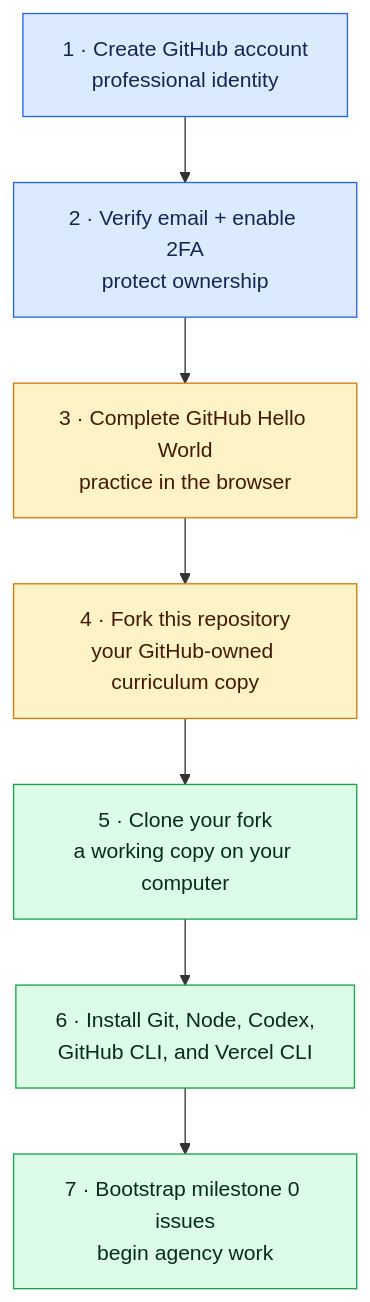
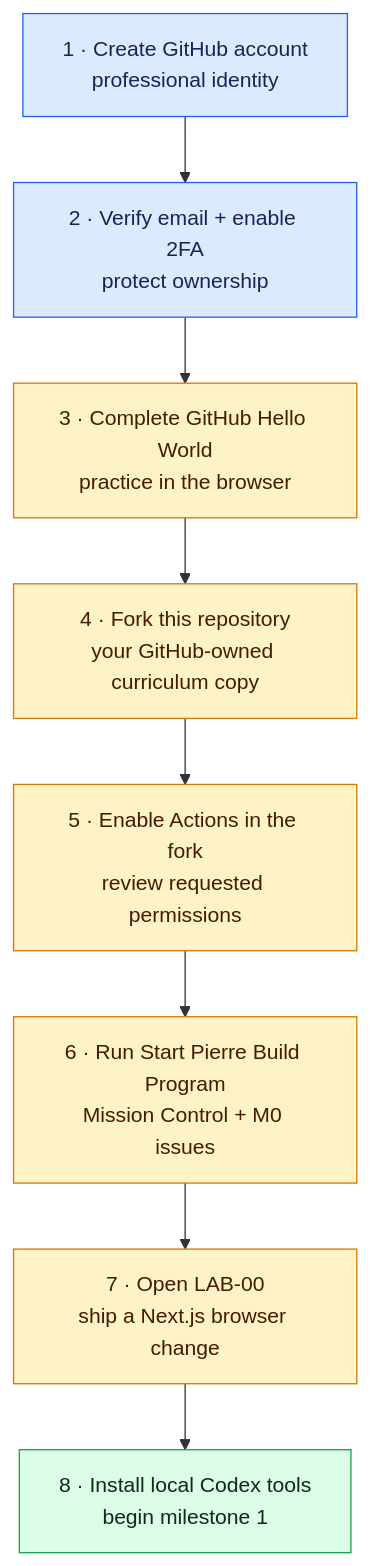
Before and after one commit to saliftankoano/pierre-build-program: the third of 16 diagrams in README.md, drawn with Mermaid. The commit also changed other lines of this file and 253 other files, not shown here.

````diff
--- a/README.md
+++ b/README.md
@@ -43,19 +66,21 @@
 ```mermaid
 flowchart TD
     A["1 · Create GitHub account<br/>professional identity"]
     B["2 · Verify email + enable 2FA<br/>protect ownership"]
     C["3 · Complete GitHub Hello World<br/>practice in the browser"]
     D["4 · Fork this repository<br/>your GitHub-owned curriculum copy"]
-    E["5 · Clone your fork<br/>a working copy on your computer"]
-    F["6 · Install Git, Node, Codex,<br/>GitHub CLI, and Vercel CLI"]
-    G["7 · Bootstrap milestone 0 issues<br/>begin agency work"]
+    E["5 · Enable Actions in the fork<br/>review requested permissions"]
+    F["6 · Run Start Pierre Build Program<br/>Mission Control + M0 issues"]
+    G["7 · Open LAB-00<br/>ship a Next.js browser change"]
+    H["8 · Install local Codex tools<br/>begin milestone 1"]
 
-    A --> B --> C --> D --> E --> F --> G
+    A --> B --> C --> D --> E --> F --> G --> H
 
     classDef account fill:#dbeafe,stroke:#2563eb,color:#172554;
     classDef github fill:#fef3c7,stroke:#d97706,color:#451a03;
     classDef local fill:#dcfce7,stroke:#16a34a,color:#052e16;
     class A,B account;
     class C,D github;
-    class E,F,G local;
+    class E,F,G github;
+    class H local;
 ```
````
